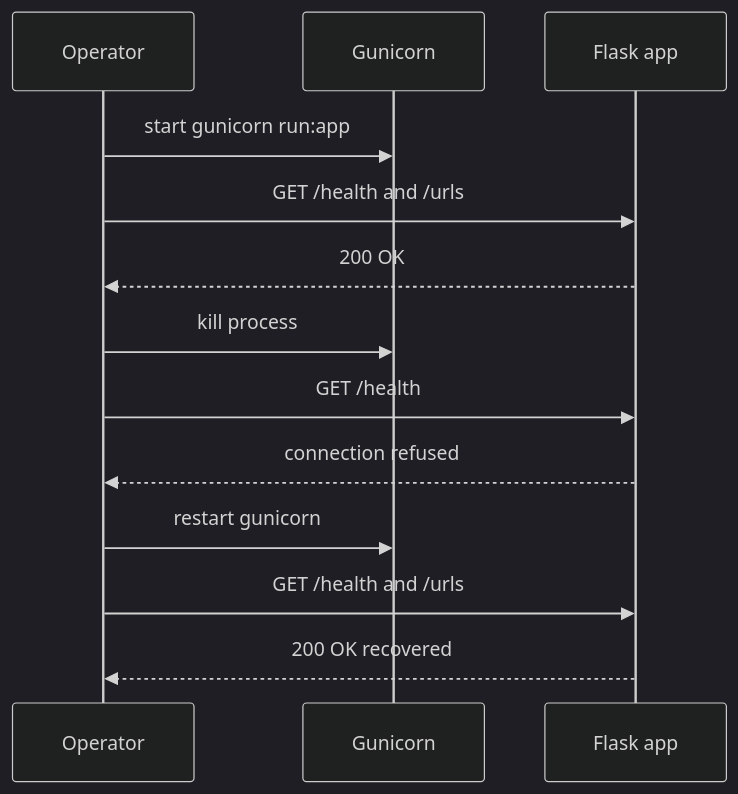
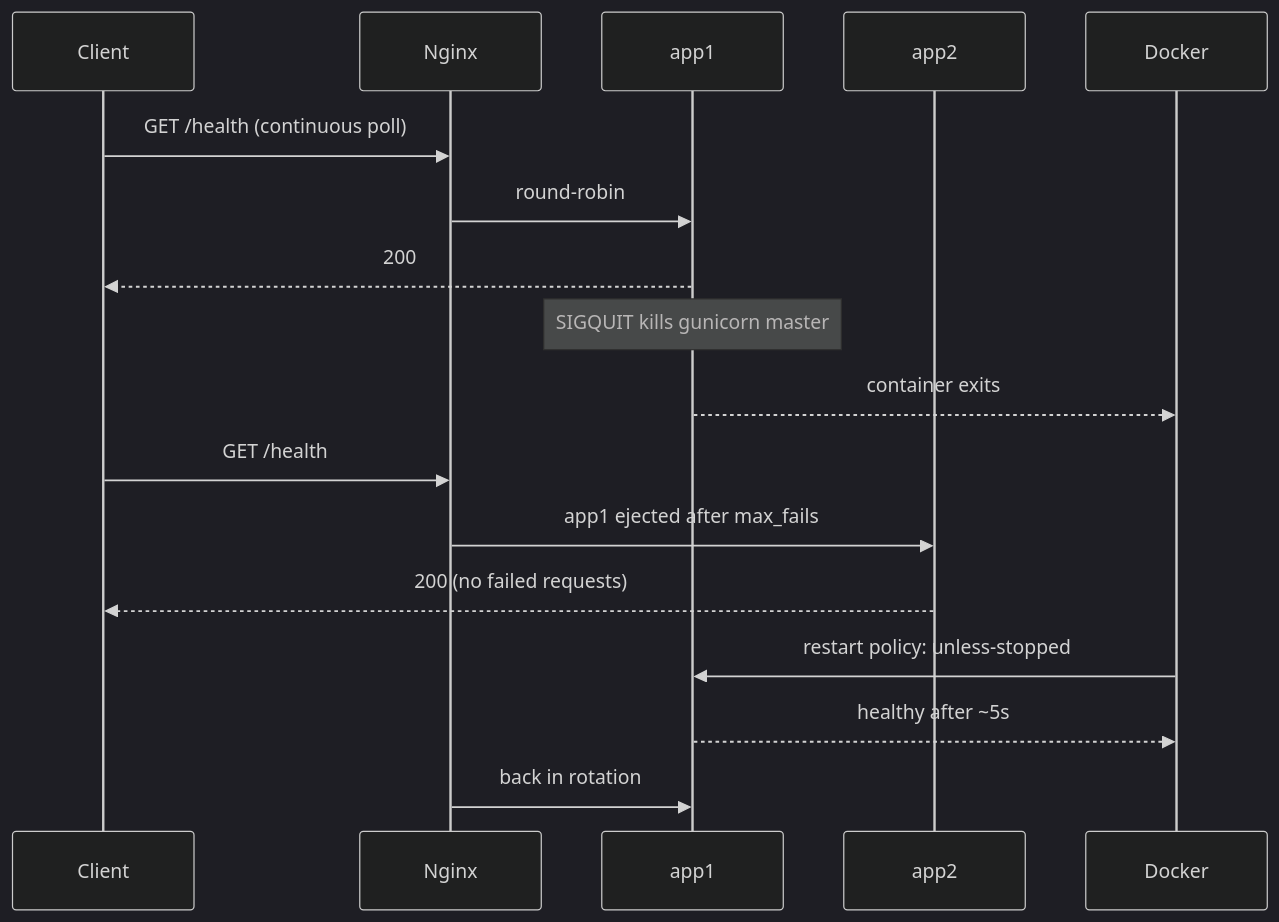
Before and after one commit to MartinLam12/PE-Hackathon-Template-2026: the fourth of 5 diagrams in docs/failure-modes.md, drawn with Mermaid (dark theme). The commit also changed other lines of this file and 5 other files, not shown here.

````diff
--- a/docs/failure-modes.md
+++ b/docs/failure-modes.md
@@ -129,18 +200,23 @@
 ```mermaid
 sequenceDiagram
-    participant Dev as Operator
-    participant Gunicorn as Gunicorn
-    participant App as Flask app
+    participant Client
+    participant Nginx
+    participant App1 as app1
+    participant App2 as app2
+    participant Docker
 
-    Dev->>Gunicorn: start gunicorn run:app
-    Dev->>App: GET /health and /urls
-    App-->>Dev: 200 OK
+    Client->>Nginx: GET /health (continuous poll)
+    Nginx->>App1: round-robin
+    App1-->>Client: 200
 
-    Dev->>Gunicorn: kill process
-    Dev->>App: GET /health
-    App-->>Dev: connection refused
+    Note over App1: SIGQUIT kills gunicorn master
+    App1-->>Docker: container exits
 
-    Dev->>Gunicorn: restart gunicorn
-    Dev->>App: GET /health and /urls
-    App-->>Dev: 200 OK recovered
+    Client->>Nginx: GET /health
+    Nginx->>App2: app1 ejected after max_fails
+    App2-->>Client: 200 (no failed requests)
+
+    Docker->>App1: restart policy: unless-stopped
+    App1-->>Docker: healthy after ~5s
+    Nginx->>App1: back in rotation
 ```
````
